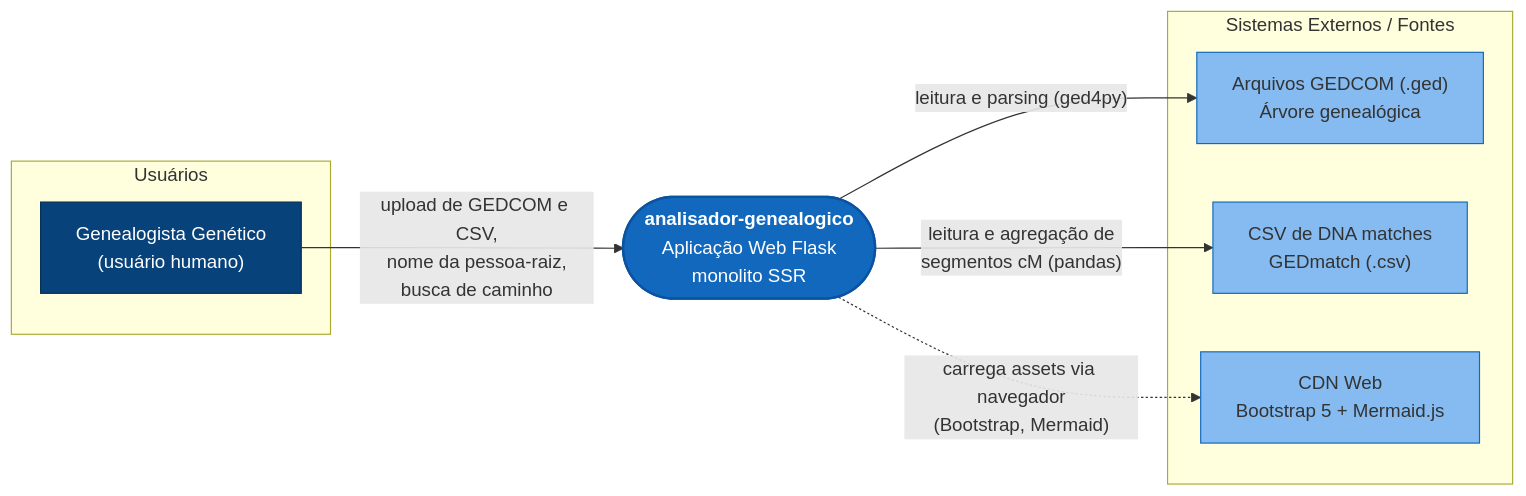
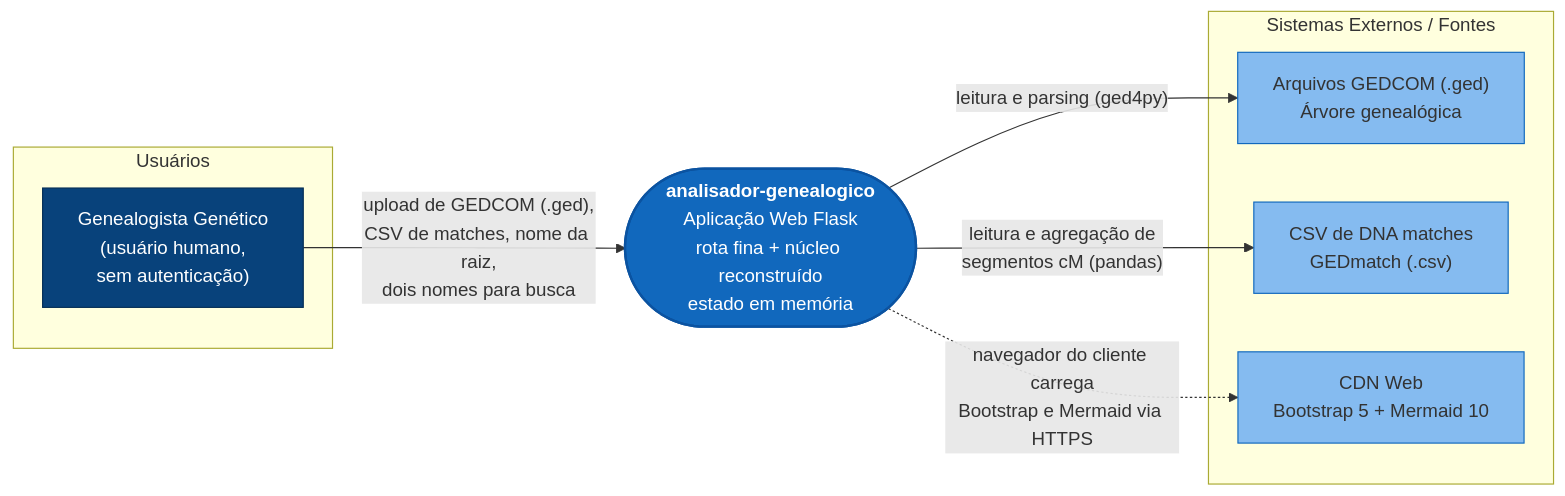
One commit to Adriano1976/reversa-analisador-genealogico changed the diagram in _reversa_sdd/c4-context.md. Above: the diagram before and after it, drawn with Mermaid. The commit also changed other lines of this file and 25 other files, not shown here.

````diff
--- a/_reversa_sdd/c4-context.md
+++ b/_reversa_sdd/c4-context.md
@@ -10,23 +11,23 @@
 ```mermaid
 flowchart LR
     subgraph Usuario["Usuários"]
-        U1["Genealogista Genético<br/>(usuário humano)"]:::person
+        U1["Genealogista Genético<br/>(usuário humano,<br/>sem autenticação)"]:::person
     end
 
-    S(["<b>analisador-genealogico</b><br/>Aplicação Web Flask<br/>monolito SSR"]):::system
+    S(["<b>analisador-genealogico</b><br/>Aplicação Web Flask<br/>rota fina + núcleo reconstruído<br/>estado em memória"]):::system
 
     subgraph Externos["Sistemas Externos / Fontes"]
         C1["Arquivos GEDCOM (.ged)<br/>Árvore genealógica"]:::ext
         C2["CSV de DNA matches<br/>GEDmatch (.csv)"]:::ext
-        C3["CDN Web<br/>Bootstrap 5 + Mermaid.js"]:::ext
+        C3["CDN Web<br/>Bootstrap 5 + Mermaid 10"]:::ext
     end
 
-    U1 -->|"upload de GEDCOM e CSV,<br/>nome da pessoa-raiz,<br/>busca de caminho"| S
+    U1 -->|"upload de GEDCOM (.ged),<br/>CSV de matches, nome da raiz,<br/>dois nomes para busca"| S
     S -->|"leitura e parsing (ged4py)"| C1
     S -->|"leitura e agregação de<br/>segmentos cM (pandas)"| C2
-    S -.->|"carrega assets via navegador<br/>(Bootstrap, Mermaid)"| C3
+    S -.->|"navegador do cliente carrega<br/>Bootstrap e Mermaid via HTTPS"| C3
 
     classDef person fill:#08427B,color:#fff,stroke:#052e56,stroke-width:1px
     classDef system fill:#1168BD,color:#fff,stroke:#0b53a1,stroke-width:2px
     classDef ext fill:#85BBF0,stroke:#1168BD,stroke-width:1px
 ```
````
